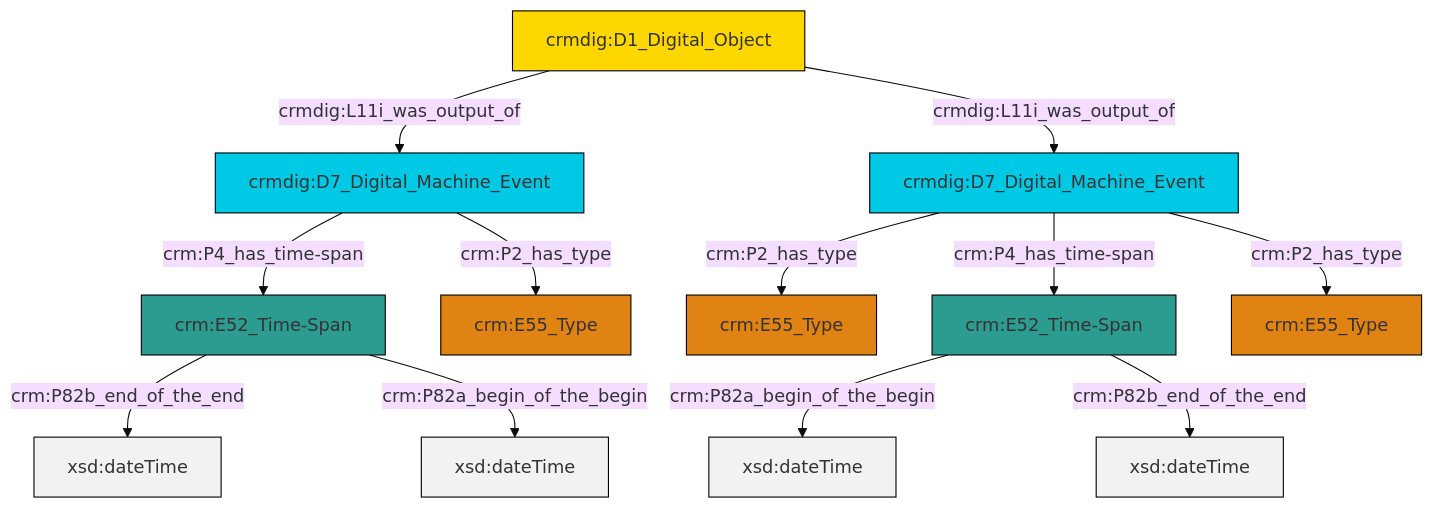
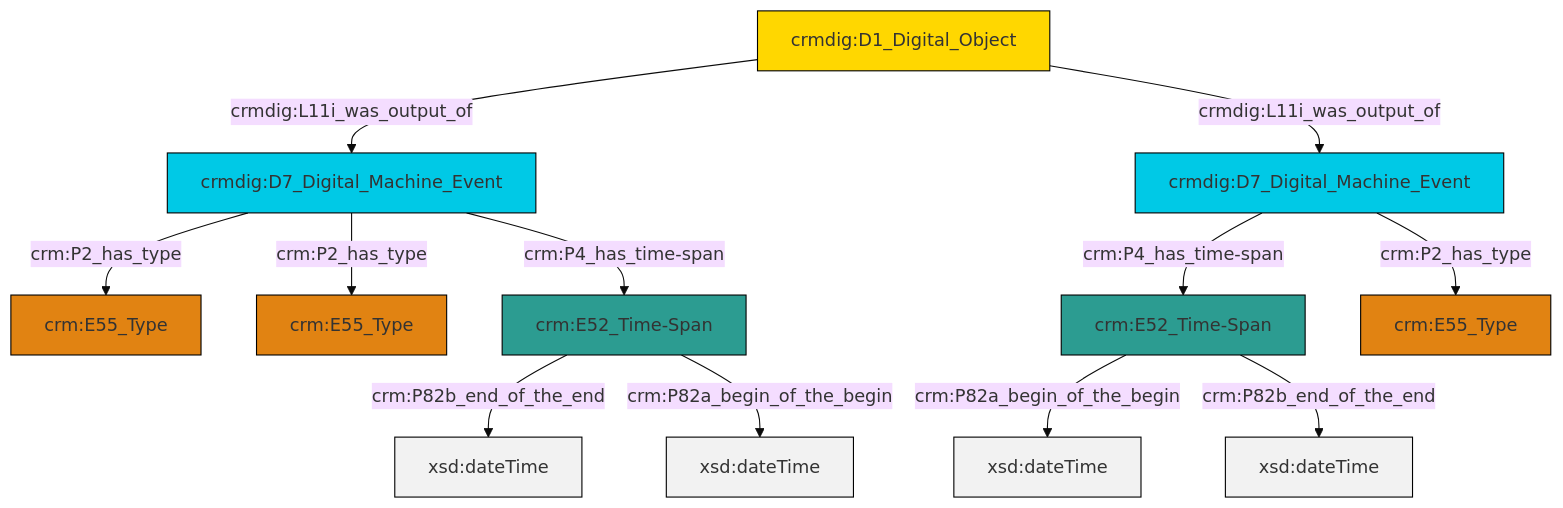
Before and after one commit to swiss-art-research-net/reference-data-models: the diagram in et/doCSV/ttl/mmd/do_existence.ttl.mmd, drawn with Mermaid (base theme). The commit also changed 122 other files, not shown here.

```diff
--- a/et/doCSV/ttl/mmd/do_existence.ttl.mmd
+++ b/et/doCSV/ttl/mmd/do_existence.ttl.mmd
@@ -1,26 +1,26 @@
 graph TD
 classDef Literal fill:#f2f2f2,stroke:#000000;
 classDef CRM_Entity fill:#FFFFFF,stroke:#000000;
 classDef Temporal_Entity fill:#00C9E6, stroke:#000000;
 classDef Type fill:#E18312, stroke:#000000;
 classDef Time-Span fill:#2C9C91, stroke:#000000;
 classDef Appellation fill:#FFEB7F, stroke:#000000;
 classDef Place fill:#008836, stroke:#000000;
 classDef Persistent_Item fill:#B266B2, stroke:#000000;
 classDef Conceptual_Object fill:#FFD700, stroke:#000000;
 classDef Physical_Thing fill:#D2B48C, stroke:#000000;
 classDef Actor fill:#f58aad, stroke:#000000;
 classDef PC_Classes fill:#4ce600, stroke:#000000;
 classDef Multi fill:#cccccc,stroke:#000000;
 
-4["crmdig:D1_Digital_Object"]:::Conceptual_Object -->|crmdig:L11i_was_output_of| 5["crmdig:D7_Digital_Machine_Event"]:::Temporal_Entity
-5["crmdig:D7_Digital_Machine_Event"]:::Temporal_Entity -->|crm:P4_has_time-span| 8["crm:E52_Time-Span"]:::Time-Span
-11["crm:E52_Time-Span"]:::Time-Span -->|crm:P82a_begin_of_the_begin| 12[xsd:dateTime]:::Literal
-4["crmdig:D1_Digital_Object"]:::Conceptual_Object -->|crmdig:L11i_was_output_of| 2["crmdig:D7_Digital_Machine_Event"]:::Temporal_Entity
-2["crmdig:D7_Digital_Machine_Event"]:::Temporal_Entity -->|crm:P2_has_type| 0["crm:E55_Type"]:::Type
-8["crm:E52_Time-Span"]:::Time-Span -->|crm:P82b_end_of_the_end| 17[xsd:dateTime]:::Literal
-11["crm:E52_Time-Span"]:::Time-Span -->|crm:P82b_end_of_the_end| 20[xsd:dateTime]:::Literal
-2["crmdig:D7_Digital_Machine_Event"]:::Temporal_Entity -->|crm:P4_has_time-span| 11["crm:E52_Time-Span"]:::Time-Span
-2["crmdig:D7_Digital_Machine_Event"]:::Temporal_Entity -->|crm:P2_has_type| 6["crm:E55_Type"]:::Type
-8["crm:E52_Time-Span"]:::Time-Span -->|crm:P82a_begin_of_the_begin| 21[xsd:dateTime]:::Literal
-5["crmdig:D7_Digital_Machine_Event"]:::Temporal_Entity -->|crm:P2_has_type| 15["crm:E55_Type"]:::Type
+0["crm:E52_Time-Span"]:::Time-Span -->|crm:P82a_begin_of_the_begin| 1[xsd:dateTime]:::Literal
+2["crmdig:D7_Digital_Machine_Event"]:::Temporal_Entity -->|crm:P4_has_time-span| 0["crm:E52_Time-Span"]:::Time-Span
+6["crm:E52_Time-Span"]:::Time-Span -->|crm:P82b_end_of_the_end| 7[xsd:dateTime]:::Literal
+0["crm:E52_Time-Span"]:::Time-Span -->|crm:P82b_end_of_the_end| 8[xsd:dateTime]:::Literal
+9["crmdig:D1_Digital_Object"]:::Conceptual_Object -->|crmdig:L11i_was_output_of| 10["crmdig:D7_Digital_Machine_Event"]:::Temporal_Entity
+2["crmdig:D7_Digital_Machine_Event"]:::Temporal_Entity -->|crm:P2_has_type| 3["crm:E55_Type"]:::Type
+10["crmdig:D7_Digital_Machine_Event"]:::Temporal_Entity -->|crm:P2_has_type| 12["crm:E55_Type"]:::Type
+10["crmdig:D7_Digital_Machine_Event"]:::Temporal_Entity -->|crm:P2_has_type| 13["crm:E55_Type"]:::Type
+9["crmdig:D1_Digital_Object"]:::Conceptual_Object -->|crmdig:L11i_was_output_of| 2["crmdig:D7_Digital_Machine_Event"]:::Temporal_Entity
+10["crmdig:D7_Digital_Machine_Event"]:::Temporal_Entity -->|crm:P4_has_time-span| 6["crm:E52_Time-Span"]:::Time-Span
+6["crm:E52_Time-Span"]:::Time-Span -->|crm:P82a_begin_of_the_begin| 22[xsd:dateTime]:::Literal
```
